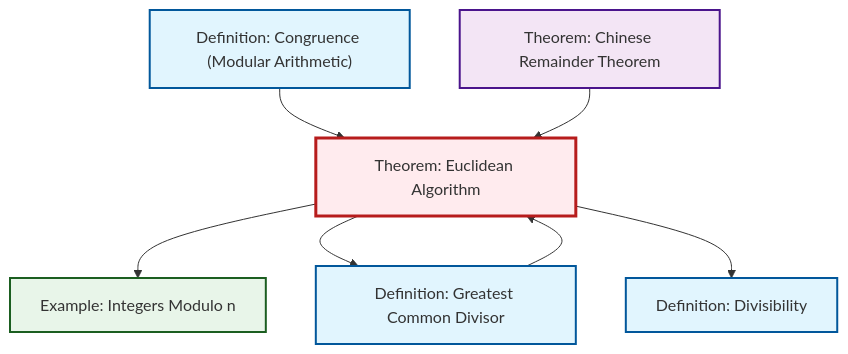
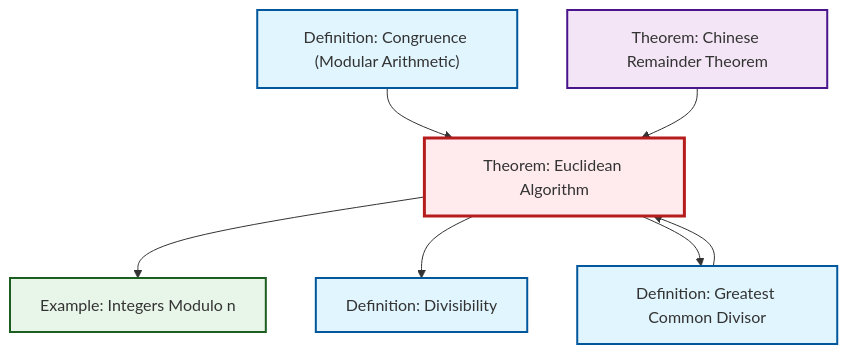
One commit to RK0429/ModernMath changed the second of 2 diagrams in content/ja/number-theory/thm-euclidean-algorithm.qmd. Above: the diagram before and after it, drawn with Mermaid. The commit also changed other lines of this file and 554 other files, not shown here.

````diff
--- a/content/ja/number-theory/thm-euclidean-algorithm.qmd
+++ b/content/ja/number-theory/thm-euclidean-algorithm.qmd
@@ -96,27 +96,27 @@
 ```{mermaid}
 %%| fig-cap: "Local dependency graph"
 graph TD
     classDef definition fill:#e1f5fe,stroke:#01579b,stroke-width:2px
     classDef theorem fill:#f3e5f5,stroke:#4a148c,stroke-width:2px
     classDef axiom fill:#fff3e0,stroke:#e65100,stroke-width:2px
     classDef example fill:#e8f5e9,stroke:#1b5e20,stroke-width:2px
     classDef current fill:#ffebee,stroke:#b71c1c,stroke-width:3px
     thm-chinese-remainder["Theorem: Chinese Remainder Theorem"]:::theorem
     def-divisibility["Definition: Divisibility"]:::definition
+    ex-quotient-integers-mod-n["Example: Integers Modulo n"]:::example
     def-congruence["Definition: Congruence (Modular Arithmetic)"]:::definition
+    thm-euclidean-algorithm["Theorem: Euclidean Algorithm"]:::theorem
     def-gcd["Definition: Greatest Common Divisor"]:::definition
-    ex-quotient-integers-mod-n["Example: Integers Modulo n"]:::example
-    thm-euclidean-algorithm["Theorem: Euclidean Algorithm"]:::theorem
+    def-congruence --> thm-euclidean-algorithm
+    thm-euclidean-algorithm --> ex-quotient-integers-mod-n
+    thm-euclidean-algorithm --> def-divisibility
+    thm-chinese-remainder --> thm-euclidean-algorithm
     def-gcd --> thm-euclidean-algorithm
-    thm-euclidean-algorithm --> ex-quotient-integers-mod-n
     thm-euclidean-algorithm --> def-gcd
-    def-congruence --> thm-euclidean-algorithm
-    thm-chinese-remainder --> thm-euclidean-algorithm
-    thm-euclidean-algorithm --> def-divisibility
     class thm-euclidean-algorithm current
     click thm-chinese-remainder "thm-chinese-remainder.html" "Theorem: Chinese Remainder Theoremへ"
     click def-divisibility "def-divisibility.html" "Definition: Divisibilityへ"
+    click ex-quotient-integers-mod-n "ex-quotient-integers-mod-n.html" "Example: Integers Modulo nへ"
     click def-congruence "def-congruence.html" "Definition: Congruence (Modular Arithmetic)へ"
     click def-gcd "def-gcd.html" "Definition: Greatest Common Divisorへ"
-    click ex-quotient-integers-mod-n "ex-quotient-integers-mod-n.html" "Example: Integers Modulo nへ"
 ```
````
